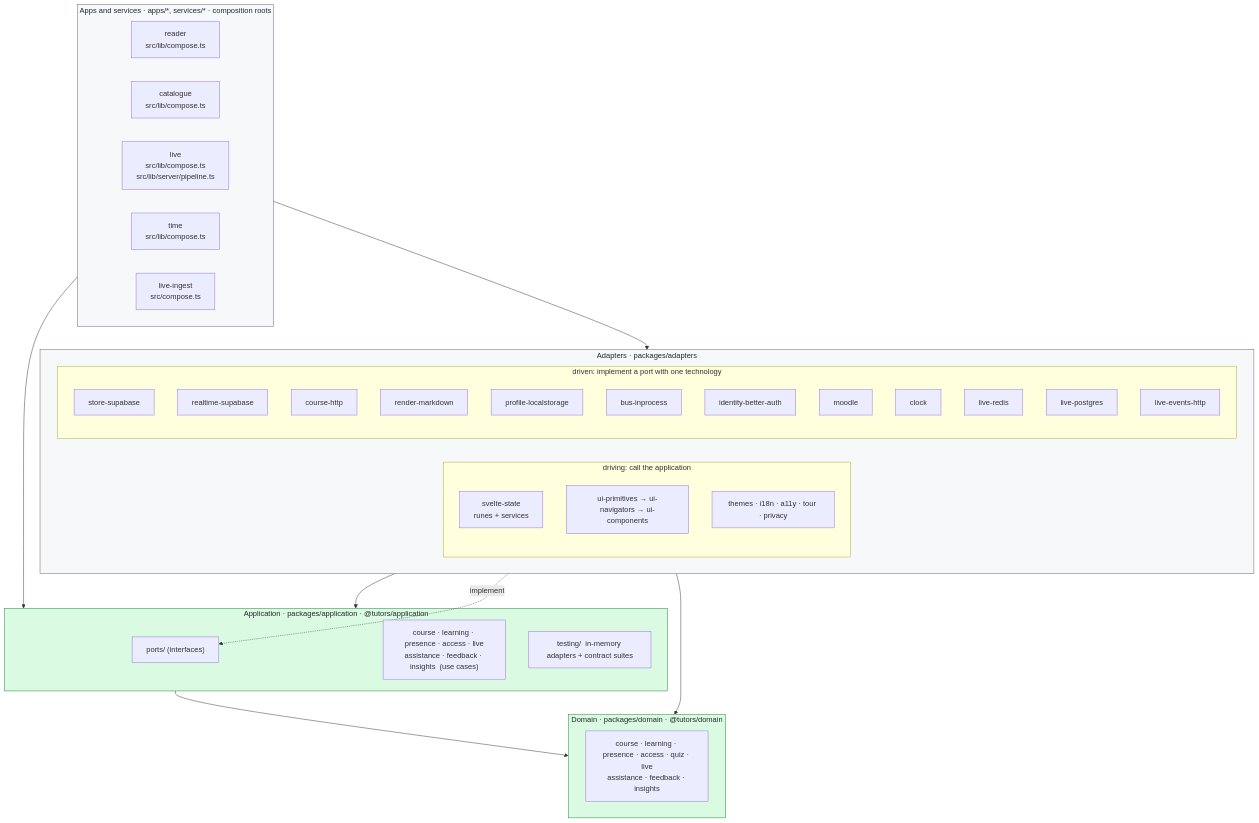
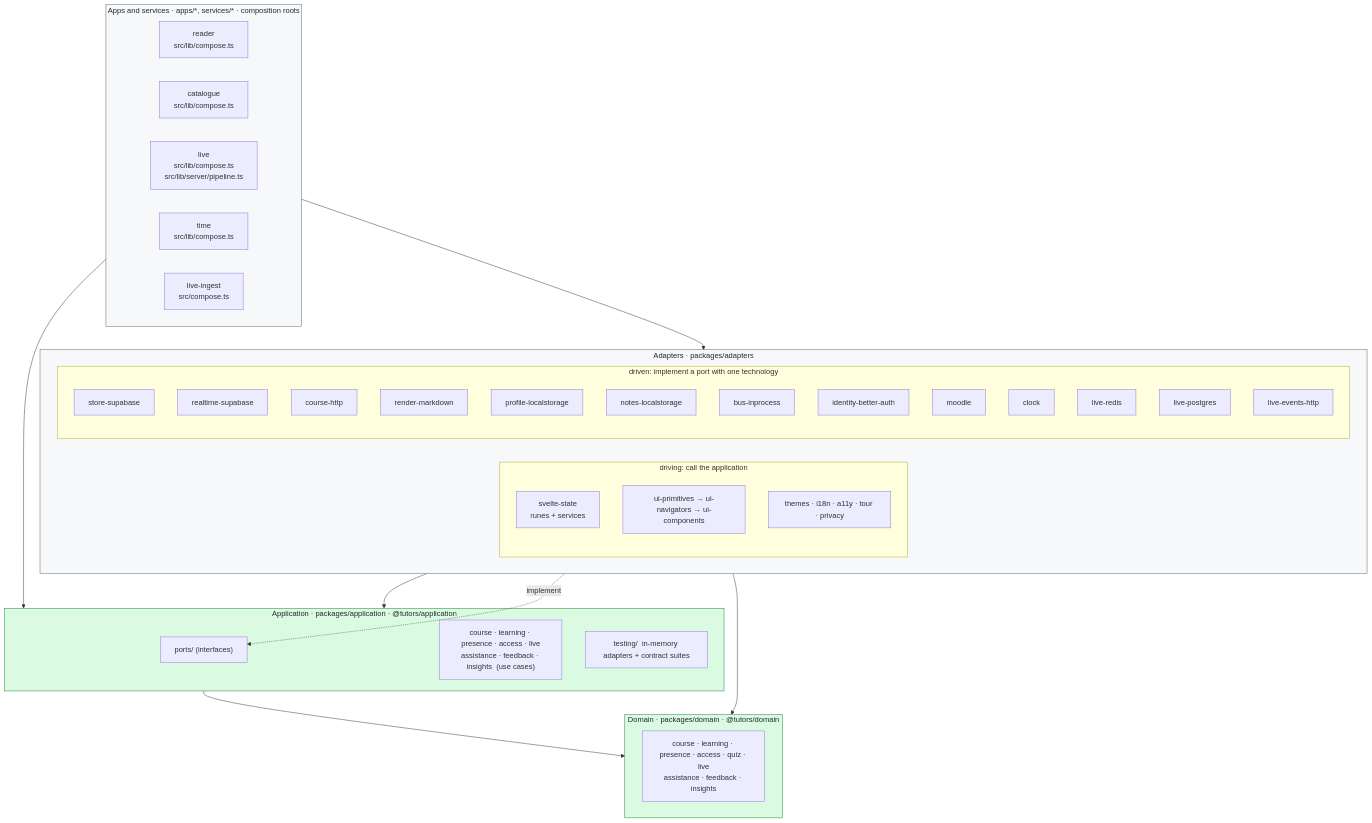
The third of 13 diagrams in ARCHITECTURE.md (lgriffin/tutors-mono-repo-1), drawn with Mermaid before and after one commit. The commit also changed other lines of this file and 32 other files, not shown here.

````diff
--- a/ARCHITECTURE.md
+++ b/ARCHITECTURE.md
@@ -124,56 +124,57 @@
 ```mermaid
 flowchart TB
   subgraph apps["Apps and services  ·  apps/*, services/*  ·  composition roots"]
     direction LR
     readerApp["reader<br/>src/lib/compose.ts"]
     catalogueApp["catalogue<br/>src/lib/compose.ts"]
     liveApp["live<br/>src/lib/compose.ts<br/>src/lib/server/pipeline.ts"]
     timeApp["time<br/>src/lib/compose.ts"]
     ingestService["live-ingest<br/>src/compose.ts"]
   end
 
   subgraph adapters["Adapters  ·  packages/adapters"]
     direction LR
     subgraph driving["driving: call the application"]
       svelteState["svelte-state<br/>runes + services"]
       ui["ui-primitives → ui-navigators → ui-components"]
       cross["themes · i18n · a11y · tour · privacy"]
     end
     subgraph driven["driven: implement a port with one technology"]
       storeSupabase["store-supabase"]
       realtimeSupabase["realtime-supabase"]
       courseHttp["course-http"]
       renderMarkdown["render-markdown"]
       profileLocal["profile-localstorage"]
+      notesLocal["notes-localstorage"]
       bus["bus-inprocess"]
       identity["identity-better-auth"]
       moodle["moodle"]
       clock["clock"]
       liveRedis["live-redis"]
       livePostgres["live-postgres"]
       liveHttp["live-events-http"]
     end
   end
 
   subgraph application["Application  ·  packages/application  ·  @tutors/application"]
     ports["ports/  (interfaces)"]
     useCases["course · learning · presence · access · live<br/>assistance · feedback · insights  (use cases)"]
     testing["testing/  in-memory adapters + contract suites"]
   end
 
   subgraph domain["Domain  ·  packages/domain  ·  @tutors/domain"]
     domainModules["course · learning · presence · access · quiz · live<br/>assistance · feedback · insights"]
   end
 
   apps --> adapters
   apps --> application
   driving --> application
   driven -. implement .-> ports
   driven --> domain
   application --> domain
 
   classDef ring fill:#f6f8fa,stroke:#57606a,color:#24292f
   classDef core fill:#dafbe1,stroke:#1a7f37,color:#24292f
   class apps,adapters ring
   class application,domain core
 ```
````
